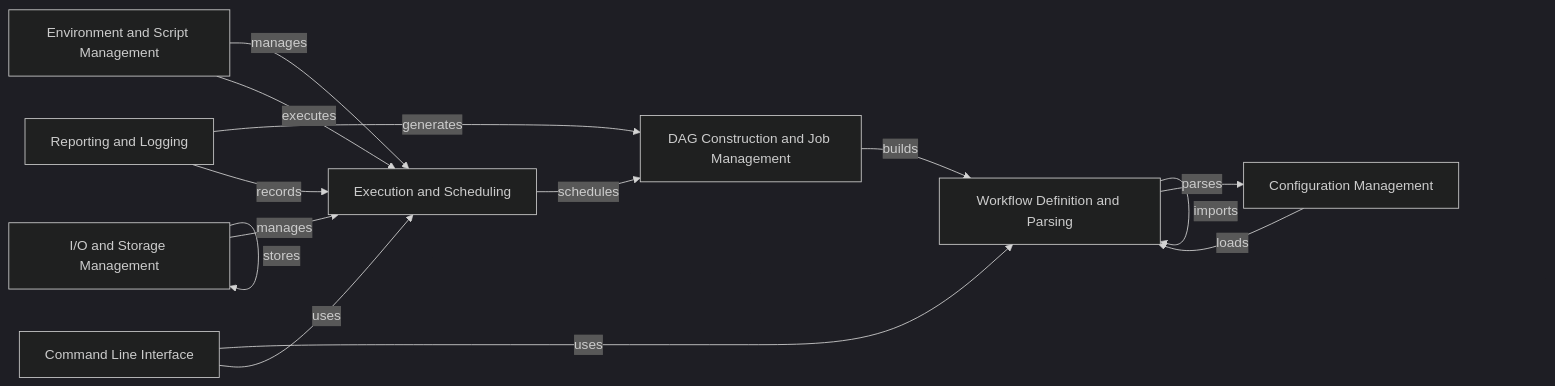
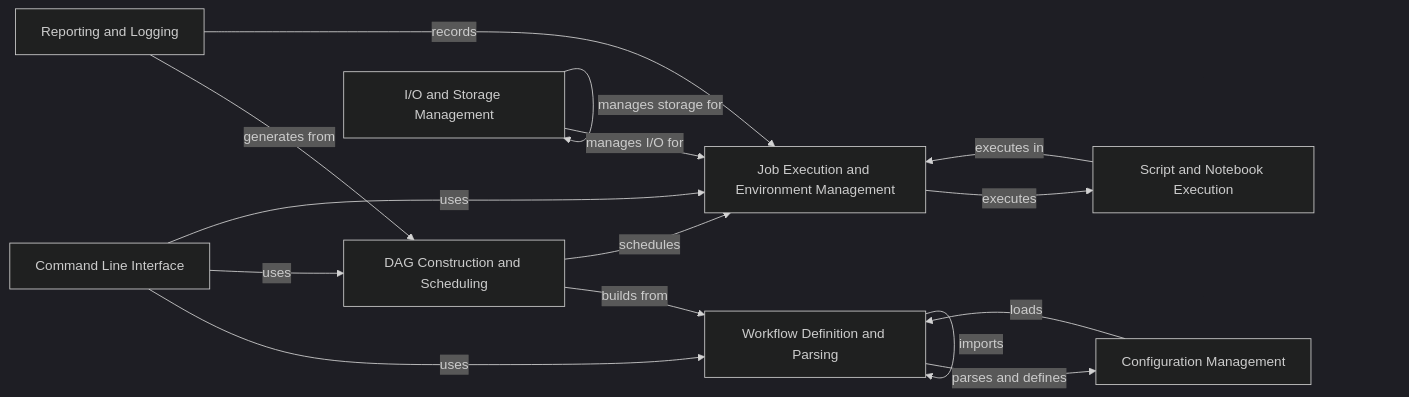
One commit to CodeBoarding/GeneratedOnBoardings changed the diagram in snakemake/on_boarding.md. Above: the diagram before and after it, drawn with Mermaid (dark theme). The commit also changed other lines of this file and 11 other files, not shown here.

````diff
--- a/snakemake/on_boarding.md
+++ b/snakemake/on_boarding.md
@@ -1,32 +1,33 @@
 ```mermaid
 graph LR
     Workflow_Definition_and_Parsing["Workflow Definition and Parsing"]
-    DAG_Construction_and_Job_Management["DAG Construction and Job Management"]
-    Execution_and_Scheduling["Execution and Scheduling"]
+    DAG_Construction_and_Scheduling["DAG Construction and Scheduling"]
+    Job_Execution_and_Environment_Management["Job Execution and Environment Management"]
     I_O_and_Storage_Management["I/O and Storage Management"]
-    Environment_and_Script_Management["Environment and Script Management"]
+    Script_and_Notebook_Execution["Script and Notebook Execution"]
     Reporting_and_Logging["Reporting and Logging"]
     Command_Line_Interface["Command Line Interface"]
     Configuration_Management["Configuration Management"]
-    Workflow_Definition_and_Parsing -- "parses" --> Configuration_Management
-    DAG_Construction_and_Job_Management -- "builds" --> Workflow_Definition_and_Parsing
-    Execution_and_Scheduling -- "schedules" --> DAG_Construction_and_Job_Management
-    I_O_and_Storage_Management -- "manages" --> Execution_and_Scheduling
-    Environment_and_Script_Management -- "manages" --> Execution_and_Scheduling
-    Reporting_and_Logging -- "generates" --> DAG_Construction_and_Job_Management
+    Workflow_Definition_and_Parsing -- "parses and defines" --> Configuration_Management
+    DAG_Construction_and_Scheduling -- "builds from" --> Workflow_Definition_and_Parsing
+    DAG_Construction_and_Scheduling -- "schedules" --> Job_Execution_and_Environment_Management
+    Job_Execution_and_Environment_Management -- "executes" --> Script_and_Notebook_Execution
+    I_O_and_Storage_Management -- "manages I/O for" --> Job_Execution_and_Environment_Management
+    Reporting_and_Logging -- "generates from" --> DAG_Construction_and_Scheduling
     Command_Line_Interface -- "uses" --> Workflow_Definition_and_Parsing
-    Command_Line_Interface -- "uses" --> Execution_and_Scheduling
+    Command_Line_Interface -- "uses" --> DAG_Construction_and_Scheduling
+    Command_Line_Interface -- "uses" --> Job_Execution_and_Environment_Management
     Configuration_Management -- "loads" --> Workflow_Definition_and_Parsing
-    Reporting_and_Logging -- "records" --> Execution_and_Scheduling
-    I_O_and_Storage_Management -- "stores" --> I_O_and_Storage_Management
+    Reporting_and_Logging -- "records" --> Job_Execution_and_Environment_Management
+    I_O_and_Storage_Management -- "manages storage for" --> I_O_and_Storage_Management
     Workflow_Definition_and_Parsing -- "imports" --> Workflow_Definition_and_Parsing
-    Environment_and_Script_Management -- "executes" --> Execution_and_Scheduling
+    Script_and_Notebook_Execution -- "executes in" --> Job_Execution_and_Environment_Management
     click Workflow_Definition_and_Parsing href "https://github.com/CodeBoarding/GeneratedOnBoardings/blob/main/snakemake/Workflow Definition and Parsing.md" "Details"
-    click DAG_Construction_and_Job_Management href "https://github.com/CodeBoarding/GeneratedOnBoardings/blob/main/snakemake/DAG Construction and Job Management.md" "Details"
-    click Execution_and_Scheduling href "https://github.com/CodeBoarding/GeneratedOnBoardings/blob/main/snakemake/Execution and Scheduling.md" "Details"
+    click DAG_Construction_and_Scheduling href "https://github.com/CodeBoarding/GeneratedOnBoardings/blob/main/snakemake/DAG Construction and Scheduling.md" "Details"
+    click Job_Execution_and_Environment_Management href "https://github.com/CodeBoarding/GeneratedOnBoardings/blob/main/snakemake/Job Execution and Environment Management.md" "Details"
     click I_O_and_Storage_Management href "https://github.com/CodeBoarding/GeneratedOnBoardings/blob/main/snakemake/I/O and Storage Management.md" "Details"
-    click Environment_and_Script_Management href "https://github.com/CodeBoarding/GeneratedOnBoardings/blob/main/snakemake/Environment and Script Management.md" "Details"
+    click Script_and_Notebook_Execution href "https://github.com/CodeBoarding/GeneratedOnBoardings/blob/main/snakemake/Script and Notebook Execution.md" "Details"
     click Reporting_and_Logging href "https://github.com/CodeBoarding/GeneratedOnBoardings/blob/main/snakemake/Reporting and Logging.md" "Details"
     click Command_Line_Interface href "https://github.com/CodeBoarding/GeneratedOnBoardings/blob/main/snakemake/Command Line Interface.md" "Details"
     click Configuration_Management href "https://github.com/CodeBoarding/GeneratedOnBoardings/blob/main/snakemake/Configuration Management.md" "Details"
 ```
````
